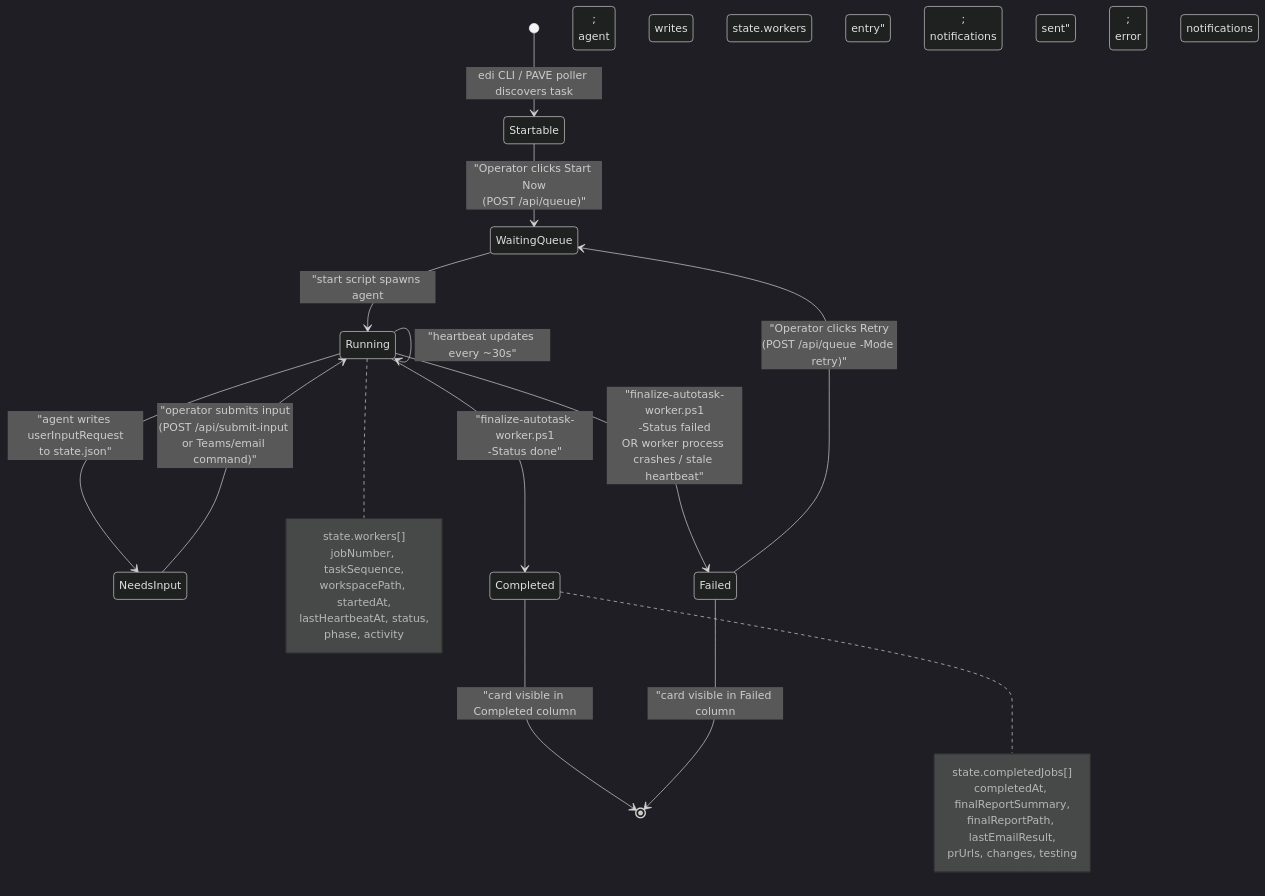
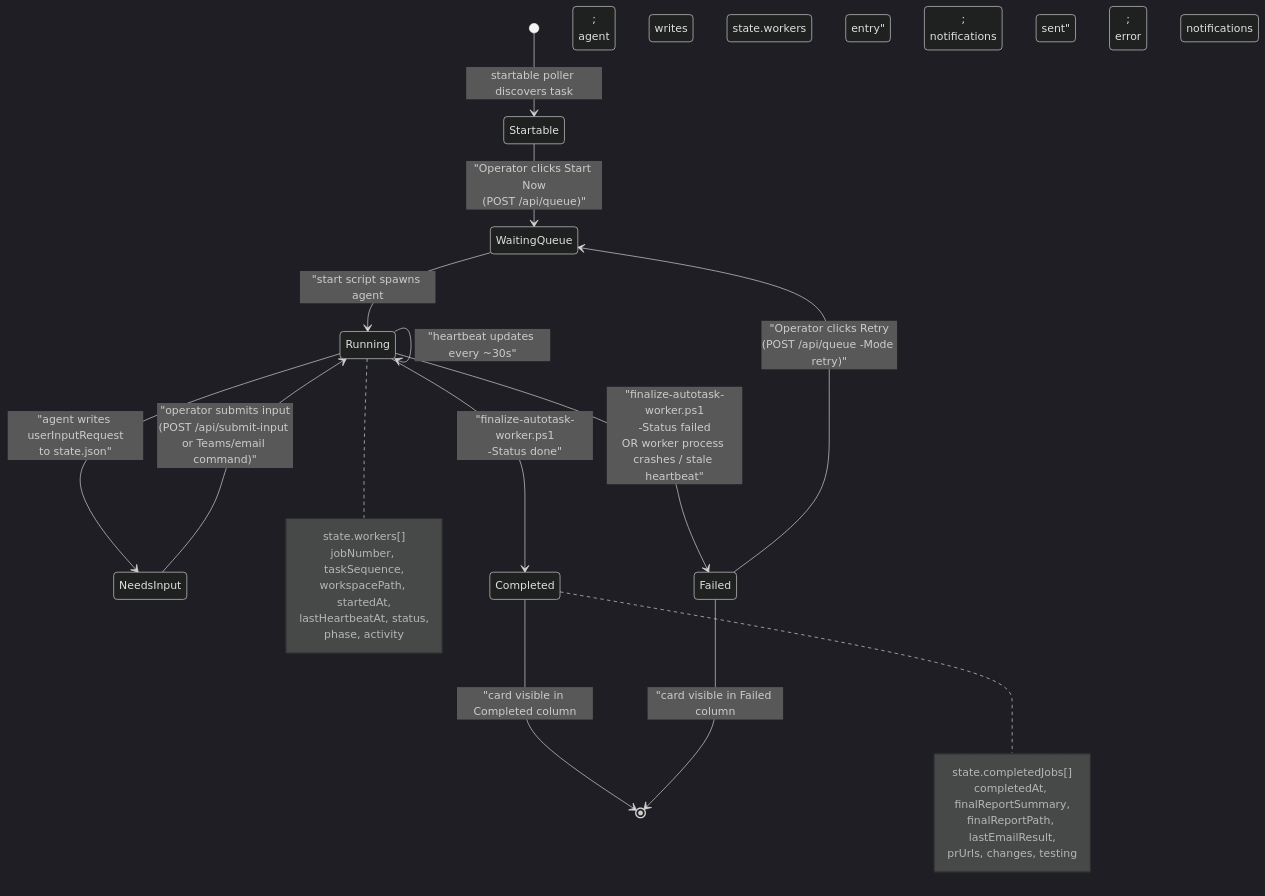
Before and after one commit to cat-hoang/ai-studio: the third of 11 diagrams in docs/architecture-overview.md, drawn with Mermaid (dark theme). The commit also changed other lines of this file and 9 other files, not shown here.

First line of the commit message:
docs: remove WTG PAVE/OData/edi references (docs, UI, config)

````diff
--- a/docs/architecture-overview.md
+++ b/docs/architecture-overview.md
@@ -260,39 +180,39 @@
 ```mermaid
 stateDiagram-v2
-    [*] --> Startable : edi CLI / PAVE poller discovers task
+    [*] --> Startable : startable poller discovers task
 
     Startable --> WaitingQueue : "Operator clicks Start Now<br/>(POST /api/queue)"
 
     WaitingQueue --> Running : "start script spawns agent;<br/>agent writes state.workers entry"
 
     Running --> Running : "heartbeat updates every ~30s"
 
     Running --> NeedsInput : "agent writes userInputRequest<br/>to state.json"
 
     NeedsInput --> Running : "operator submits input<br/>(POST /api/submit-input or Teams/email command)"
 
     Running --> Completed : "finalize-autotask-worker.ps1<br/>-Status done"
 
     Running --> Failed : "finalize-autotask-worker.ps1<br/>-Status failed<br/>OR worker process crashes / stale heartbeat"
 
     Completed --> [*] : "card visible in Completed column;<br/>notifications sent"
 
     Failed --> [*] : "card visible in Failed column;<br/>error notifications sent"
 
     Failed --> WaitingQueue : "Operator clicks Retry<br/>(POST /api/queue -Mode retry)"
 
     note right of Running
         state.workers[]
         jobNumber, taskSequence,
         workspacePath, startedAt,
         lastHeartbeatAt, status,
         phase, activity
     end note
 
     note right of Completed
         state.completedJobs[]
         completedAt, finalReportSummary,
         finalReportPath, lastEmailResult,
         prUrls, changes, testing
     end note
 ```
````
